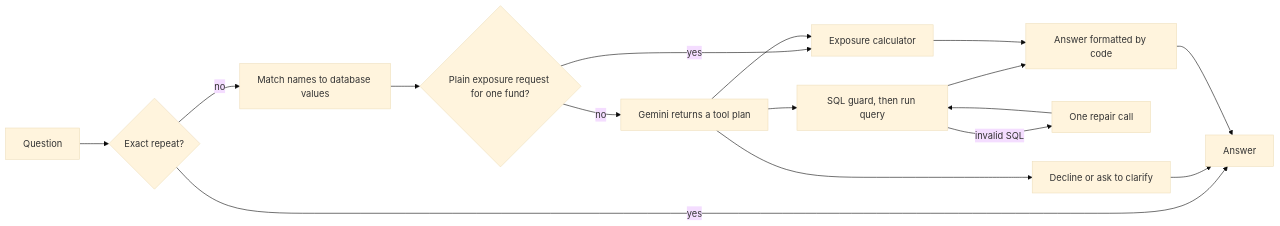
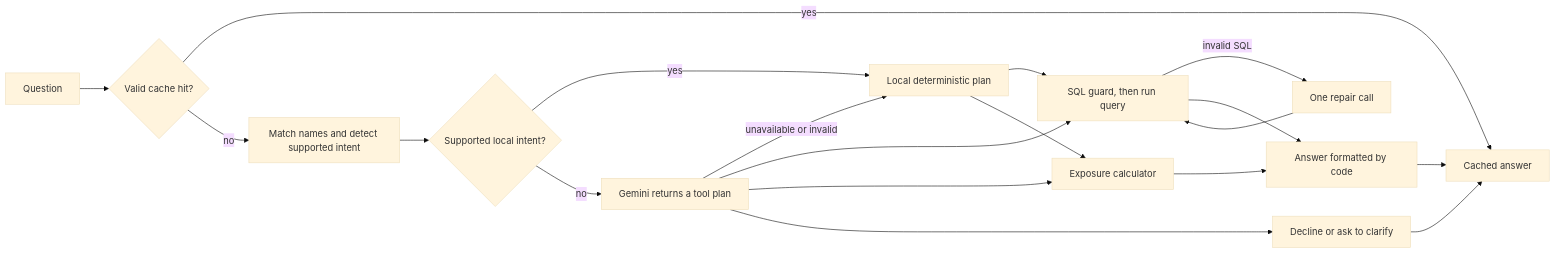
The diagram in README.md (Mrudula211/portfolio-analytics-agent), drawn with Mermaid (base theme) before and after one commit. The commit also changed other lines of this file and 9 other files, not shown here.

````diff
--- a/README.md
+++ b/README.md
@@ -77,18 +79,21 @@
 ```mermaid
 flowchart LR
-    Q[Question] --> C{Exact repeat?}
-    C -- yes --> A[Answer]
-    C -- no --> L[Match names to database values]
-    L --> F{Plain exposure request for one fund?}
-    F -- yes --> E[Exposure calculator]
+    Q[Question] --> C{Valid cache hit?}
+    C -- yes --> A[Cached answer]
+    C -- no --> L[Match names and detect supported intent]
+    L --> F{Supported local intent?}
+    F -- yes --> P[Local deterministic plan]
+    P --> S[SQL guard, then run query]
+    P --> E[Exposure calculator]
     F -- no --> M[Gemini returns a tool plan]
+    M -- unavailable or invalid --> P
     M --> S[SQL guard, then run query]
     M --> E
     M --> D[Decline or ask to clarify]
     S -- invalid SQL --> R[One repair call]
     R --> S
     S --> T[Answer formatted by code]
     E --> T
     D --> A
     T --> A
 ```
````
